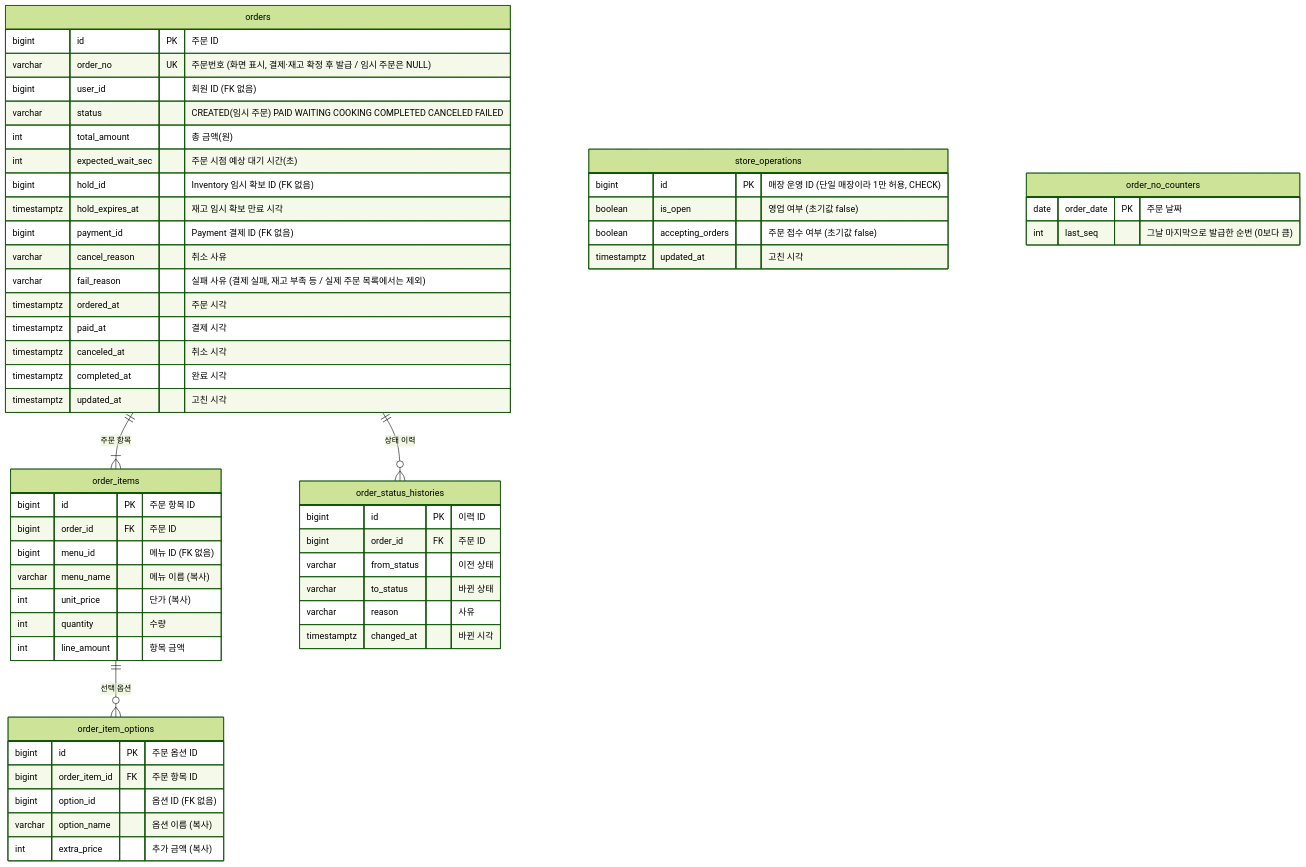
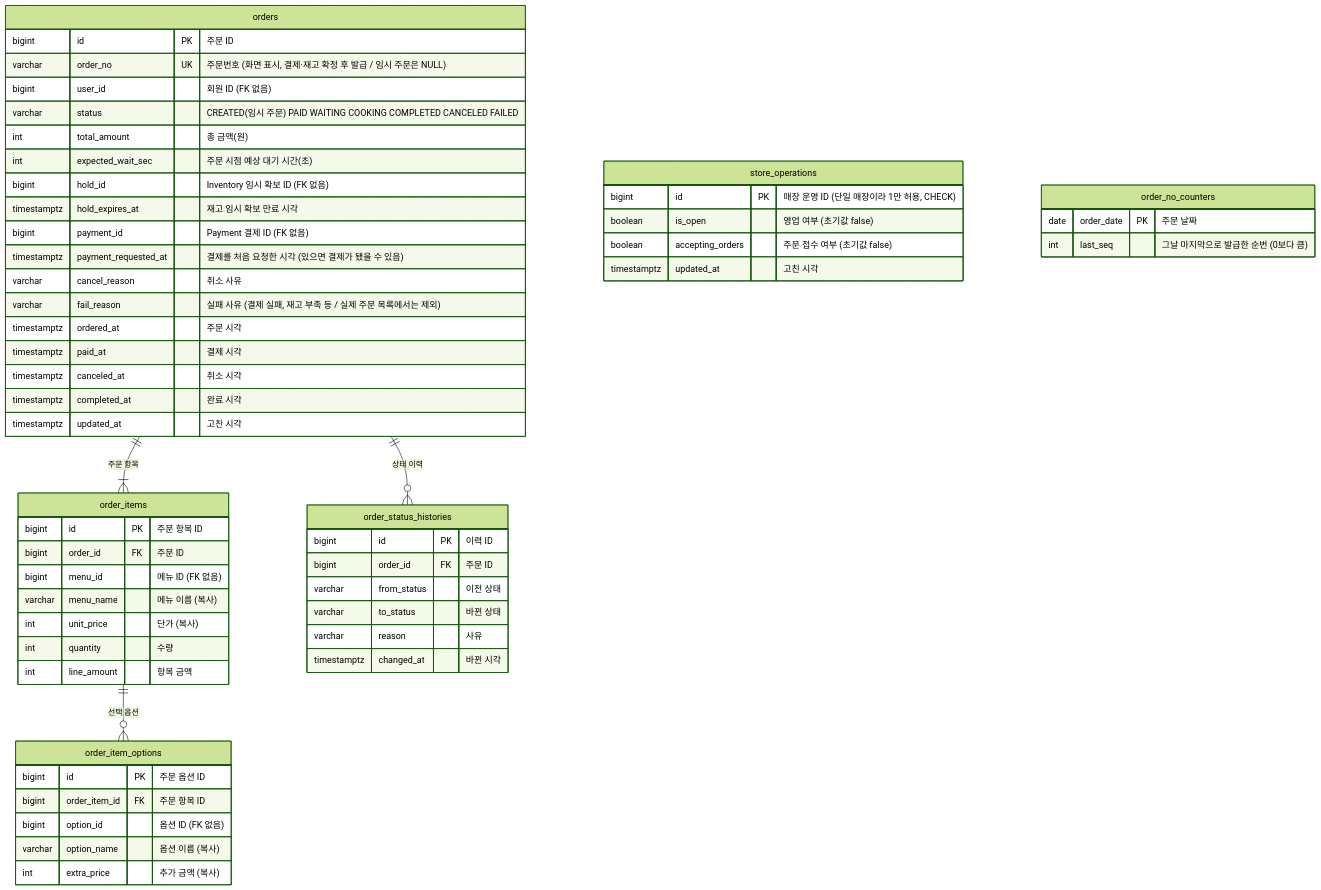
The fourth of 9 diagrams in docs/erd/notion-draft.md (ktcloud-cloudnative-2026/team02-5xx), drawn with Mermaid (forest theme) before and after one commit. The commit also changed other lines of this file and 1 other file, not shown here.

````diff
--- a/docs/erd/notion-draft.md
+++ b/docs/erd/notion-draft.md
@@ -193,64 +193,65 @@
 ```mermaid
 erDiagram
     orders ||--|{ order_items : "주문 항목"
     order_items ||--o{ order_item_options : "선택 옵션"
     orders ||--o{ order_status_histories : "상태 이력"
 
     orders {
         bigint id PK "주문 ID"
         varchar order_no UK "주문번호 (화면 표시, 결제·재고 확정 후 발급 / 임시 주문은 NULL)"
         bigint user_id "회원 ID (FK 없음)"
         varchar status "CREATED(임시 주문) PAID WAITING COOKING COMPLETED CANCELED FAILED"
         int total_amount "총 금액(원)"
         int expected_wait_sec "주문 시점 예상 대기 시간(초)"
         bigint hold_id "Inventory 임시 확보 ID (FK 없음)"
         timestamptz hold_expires_at "재고 임시 확보 만료 시각"
         bigint payment_id "Payment 결제 ID (FK 없음)"
+        timestamptz payment_requested_at "결제를 처음 요청한 시각 (있으면 결제가 됐을 수 있음)"
         varchar cancel_reason "취소 사유"
         varchar fail_reason "실패 사유 (결제 실패, 재고 부족 등 / 실제 주문 목록에서는 제외)"
         timestamptz ordered_at "주문 시각"
         timestamptz paid_at "결제 시각"
         timestamptz canceled_at "취소 시각"
         timestamptz completed_at "완료 시각"
         timestamptz updated_at "고친 시각"
     }
 
     order_items {
         bigint id PK "주문 항목 ID"
         bigint order_id FK "주문 ID"
         bigint menu_id "메뉴 ID (FK 없음)"
         varchar menu_name "메뉴 이름 (복사)"
         int unit_price "단가 (복사)"
         int quantity "수량"
         int line_amount "항목 금액"
     }
 
     order_item_options {
         bigint id PK "주문 옵션 ID"
         bigint order_item_id FK "주문 항목 ID"
         bigint option_id "옵션 ID (FK 없음)"
         varchar option_name "옵션 이름 (복사)"
         int extra_price "추가 금액 (복사)"
     }
 
     order_status_histories {
         bigint id PK "이력 ID"
         bigint order_id FK "주문 ID"
         varchar from_status "이전 상태"
         varchar to_status "바뀐 상태"
         varchar reason "사유"
         timestamptz changed_at "바뀐 시각"
     }
 
     store_operations {
         bigint id PK "매장 운영 ID (단일 매장이라 1만 허용, CHECK)"
         boolean is_open "영업 여부 (초기값 false)"
         boolean accepting_orders "주문 접수 여부 (초기값 false)"
         timestamptz updated_at "고친 시각"
     }
 
     order_no_counters {
         date order_date PK "주문 날짜"
         int last_seq "그날 마지막으로 발급한 순번 (0보다 큼)"
     }
 ```
````
